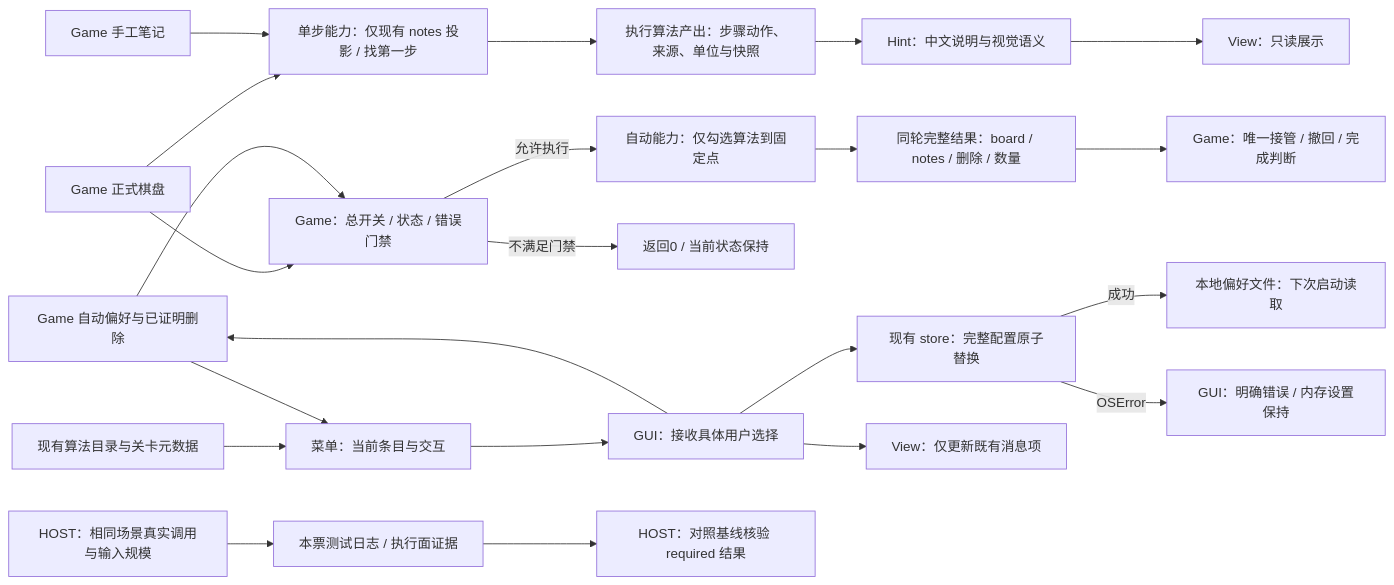
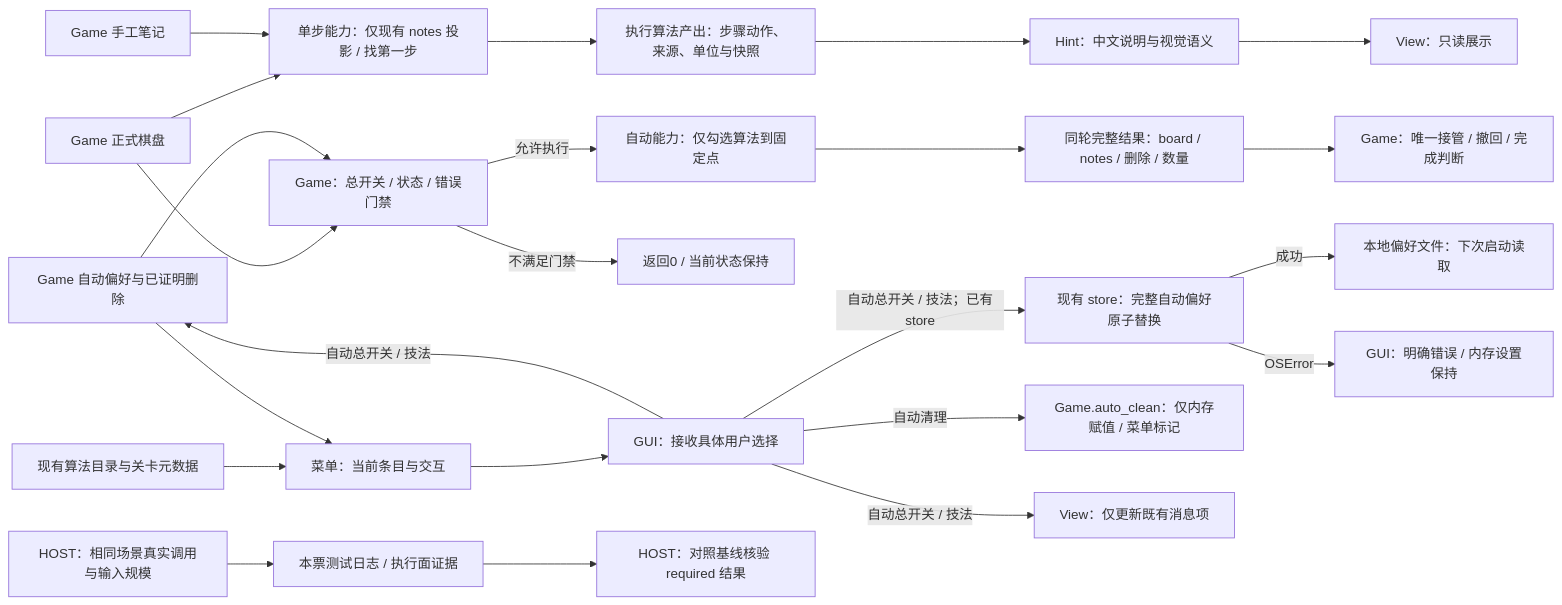
Before and after one commit to jaried/shudu: the third of 4 diagrams in docs/01_sprint记录/sprint01/00-联合方案决策/2026-10-06/架构优化联合方案决策草案.md, drawn with Mermaid. The commit also changed other lines of this file and 6 other files, not shown here.

````diff
--- a/docs/01_sprint记录/sprint01/00-联合方案决策/2026-10-06/架构优化联合方案决策草案.md
+++ b/docs/01_sprint记录/sprint01/00-联合方案决策/2026-10-06/架构优化联合方案决策草案.md
@@ -244,23 +247,24 @@
 ```mermaid
 flowchart LR
   B["Game 正式棋盘"] --> S["单步能力：仅现有 notes 投影 / 找第一步"]
   N["Game 手工笔记"] --> S
   S --> L["执行算法产出：步骤动作、来源、单位与快照"]
   L --> I["Hint：中文说明与视觉语义"] --> V["View：只读展示"]
   B --> G["Game：总开关 / 状态 / 错误门禁"]
   CFG["Game 自动偏好与已证明删除"] --> G
   G -->|"允许执行"| AUTO["自动能力：仅勾选算法到固定点"]
   G -->|"不满足门禁"| ZERO["返回0 / 当前状态保持"]
   AUTO --> O["同轮完整结果：board / notes / 删除 / 数量"]
   O --> APPLY["Game：唯一接管 / 撤回 / 完成判断"]
   CAT["现有算法目录与关卡元数据"] --> MENU["菜单：当前条目与交互"]
   CFG --> MENU
   MENU --> ACT["GUI：接收具体用户选择"]
-  ACT --> CFG
-  ACT --> STORE["现有 store：完整配置原子替换"]
+  ACT -->|"自动总开关 / 技法"| CFG
+  ACT -->|"自动总开关 / 技法；已有store"| STORE["现有 store：完整自动偏好原子替换"]
+  ACT -->|"自动清理"| CLEAN["Game.auto_clean：仅内存赋值 / 菜单标记"]
   STORE -->|"成功"| DISK["本地偏好文件：下次启动读取"]
   STORE -->|"OSError"| ERR["GUI：明确错误 / 内存设置保持"]
-  ACT --> MSG["View：仅更新既有消息项"]
+  ACT -->|"自动总开关 / 技法"| MSG["View：仅更新既有消息项"]
   FACT["HOST：相同场景真实调用与输入规模"] --> LOG["本票测试日志 / 执行面证据"]
   LOG --> VERIFY["HOST：对照基线核验 required 结果"]
 ```
````
